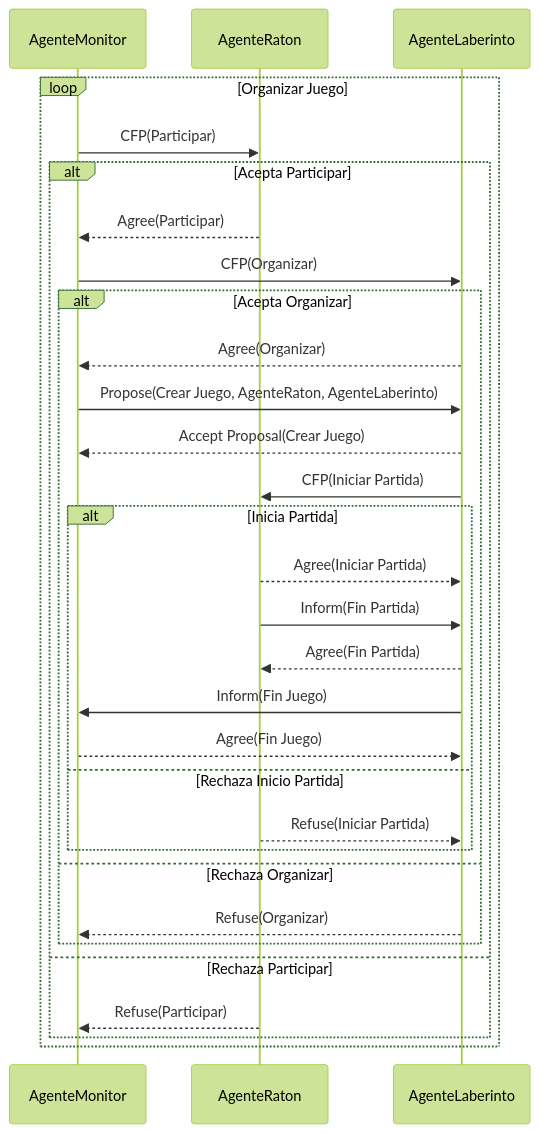
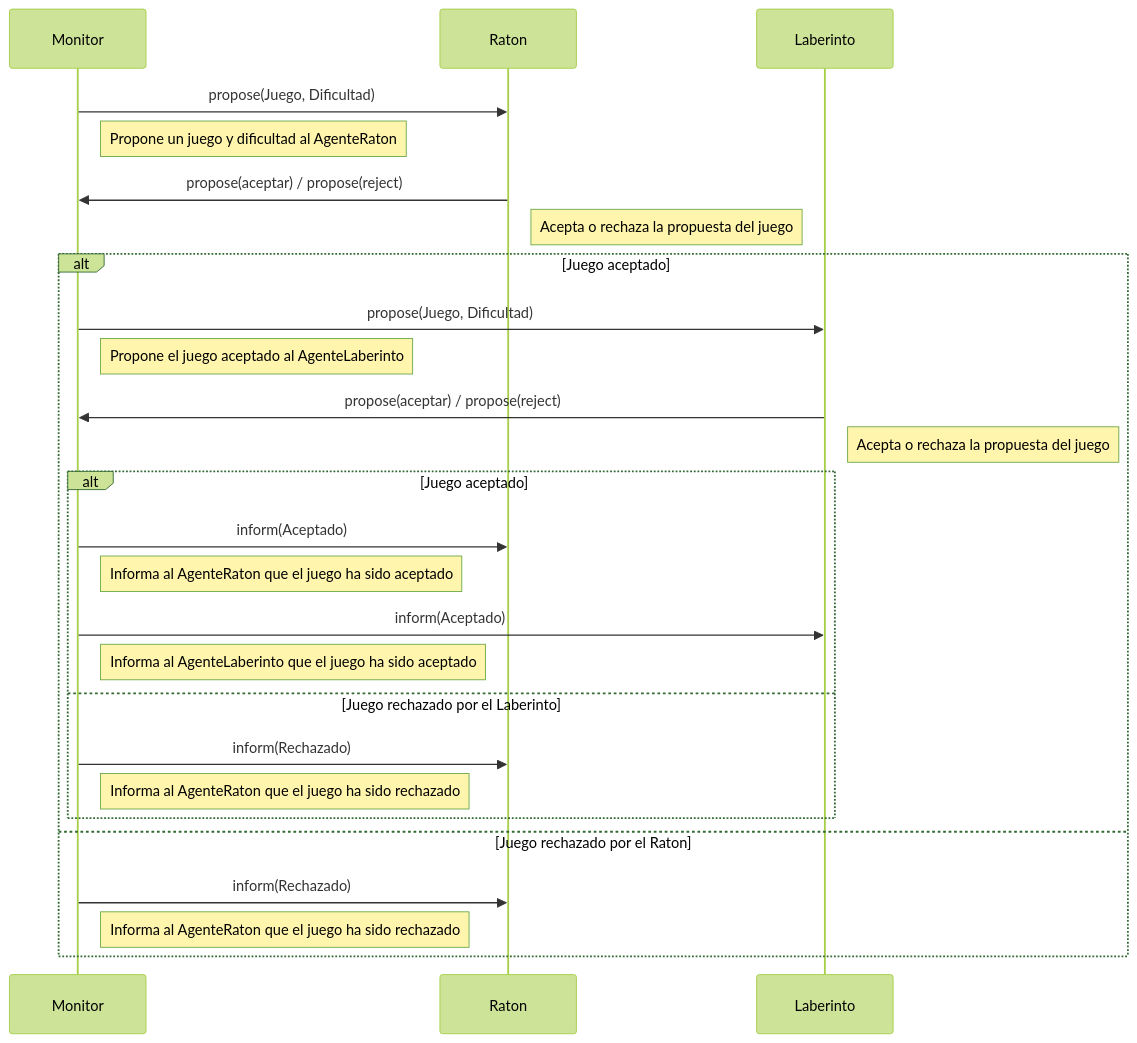
One commit to daniel23cc/Practica5Multiagentes changed the first of 17 diagrams in README.md. Above: the diagram before and after it, drawn with Mermaid (forest theme).

Commit message:
readme updated

````diff
--- a/README.md
+++ b/README.md
@@ -37,33 +37,29 @@
 ```mermaid
 sequenceDiagram
-    participant AgenteMonitor
-    participant AgenteRaton
-    participant AgenteLaberinto
+    participant AgenteMonitor as Monitor
+    participant AgenteRaton as Raton
+    participant AgenteLaberinto as Laberinto
 
-    loop Organizar Juego
-        AgenteMonitor->>AgenteRaton: CFP(Participar)
-        alt Acepta Participar
-            AgenteRaton-->>AgenteMonitor: Agree(Participar)
-            AgenteMonitor->>AgenteLaberinto: CFP(Organizar)
-            alt Acepta Organizar
-                AgenteLaberinto-->>AgenteMonitor: Agree(Organizar)
-                AgenteMonitor->>AgenteLaberinto: Propose(Crear Juego, AgenteRaton, AgenteLaberinto)
-                AgenteLaberinto-->>AgenteMonitor: Accept Proposal(Crear Juego)
-                AgenteLaberinto->>AgenteRaton: CFP(Iniciar Partida)
-                alt Inicia Partida
-                    AgenteRaton-->>AgenteLaberinto: Agree(Iniciar Partida)
-                    AgenteRaton->>AgenteLaberinto: Inform(Fin Partida)
-                    AgenteLaberinto-->>AgenteRaton: Agree(Fin Partida)
-                    AgenteLaberinto->>AgenteMonitor: Inform(Fin Juego)
-                    AgenteMonitor-->>AgenteLaberinto: Agree(Fin Juego)
-                else Rechaza Inicio Partida
-                    AgenteRaton-->>AgenteLaberinto: Refuse(Iniciar Partida)
-                end
-            else Rechaza Organizar
-                AgenteLaberinto-->>AgenteMonitor: Refuse(Organizar)
-            end
-        else Rechaza Participar
-            AgenteRaton-->>AgenteMonitor: Refuse(Participar)
+    AgenteMonitor->>AgenteRaton: propose(Juego, Dificultad)
+    Note right of AgenteMonitor: Propone un juego y dificultad al AgenteRaton
+    AgenteRaton->>AgenteMonitor: propose(aceptar) / propose(reject)
+    Note right of AgenteRaton: Acepta o rechaza la propuesta del juego
+    alt Juego aceptado
+        AgenteMonitor->>AgenteLaberinto: propose(Juego, Dificultad)
+        Note right of AgenteMonitor: Propone el juego aceptado al AgenteLaberinto
+        AgenteLaberinto->>AgenteMonitor: propose(aceptar) / propose(reject)
+        Note right of AgenteLaberinto: Acepta o rechaza la propuesta del juego
+        alt Juego aceptado
+            AgenteMonitor->>AgenteRaton: inform(Aceptado)
+            Note right of AgenteMonitor: Informa al AgenteRaton que el juego ha sido aceptado
+            AgenteMonitor->>AgenteLaberinto: inform(Aceptado)
+            Note right of AgenteMonitor: Informa al AgenteLaberinto que el juego ha sido aceptado
+        else Juego rechazado por el Laberinto
+            AgenteMonitor->>AgenteRaton: inform(Rechazado)
+            Note right of AgenteMonitor: Informa al AgenteRaton que el juego ha sido rechazado
         end
+    else Juego rechazado por el Raton
+        AgenteMonitor->>AgenteRaton: inform(Rechazado)
+        Note right of AgenteMonitor: Informa al AgenteRaton que el juego ha sido rechazado
     end
 ```
````
